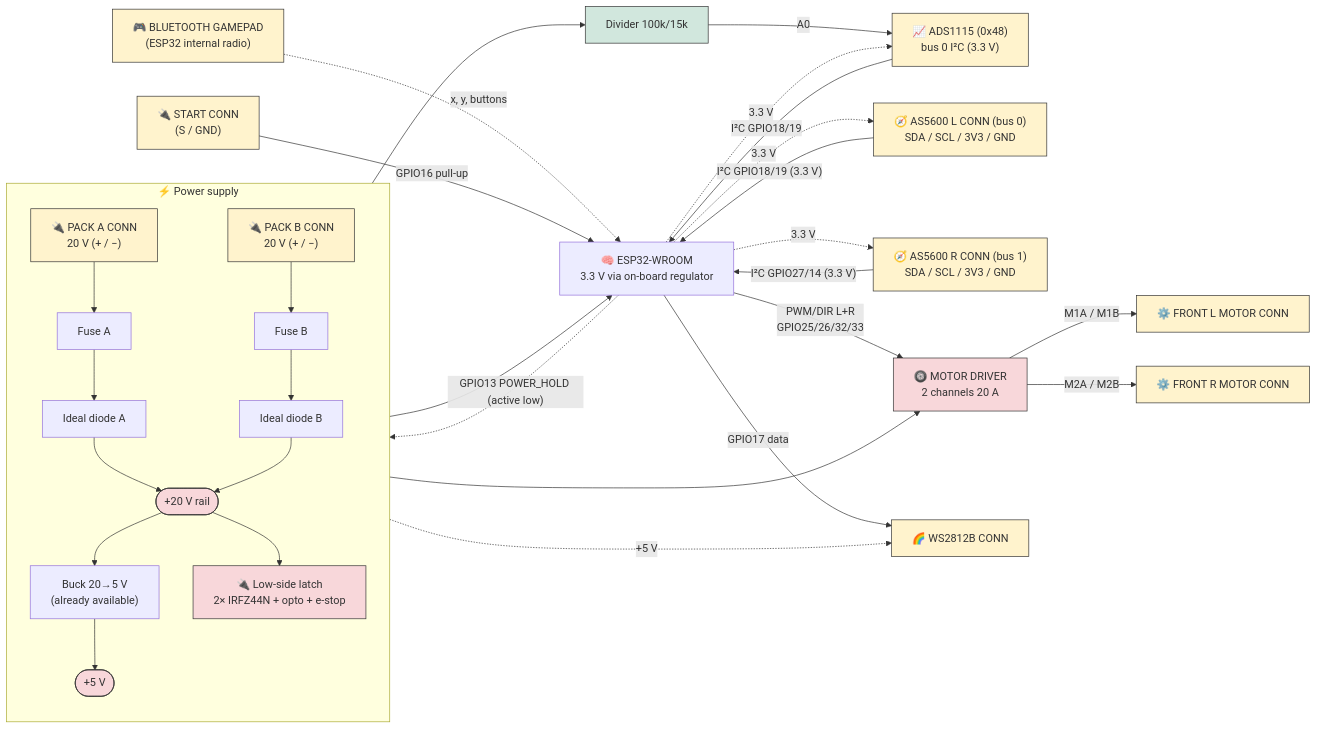
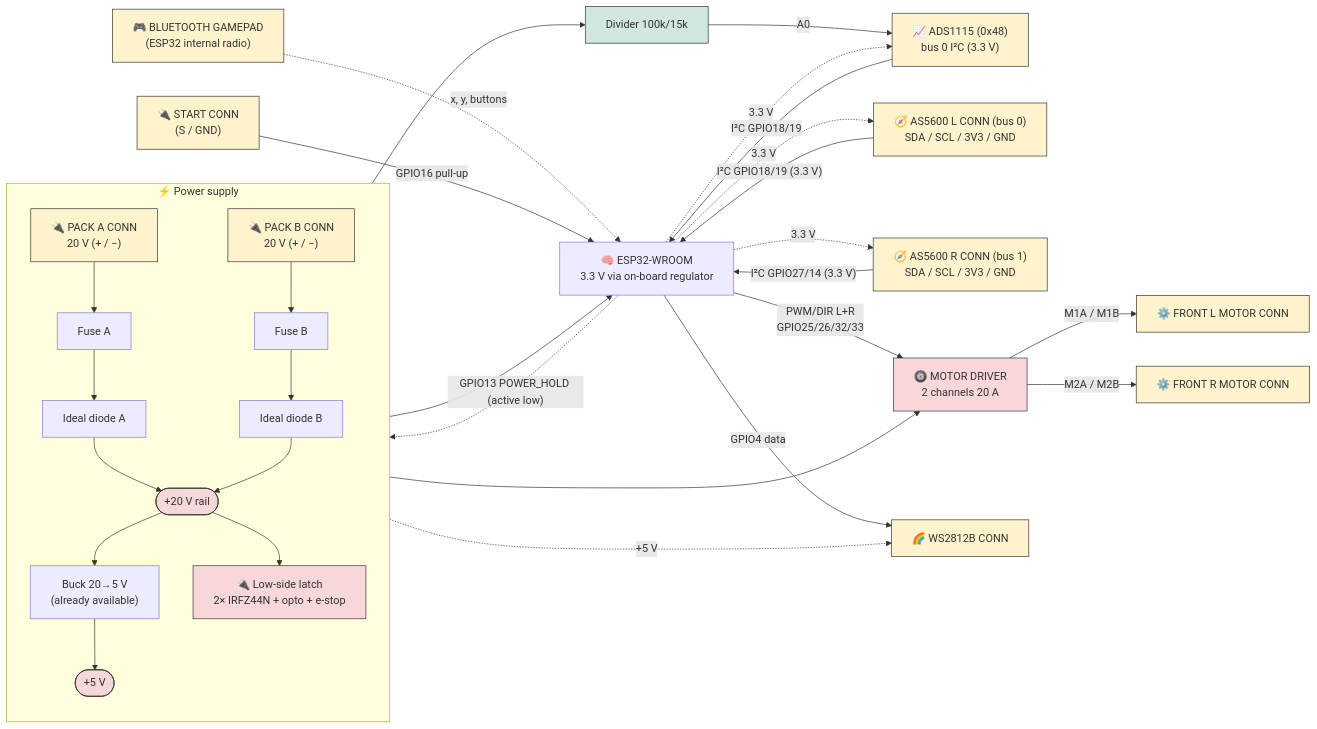
Before and after one commit to pinkymaxou/powered-soapbox-car: the seventh of 10 diagrams in README.md, drawn with Mermaid. The commit also changed other lines of this file and 7 other files, not shown here.

````diff
--- a/README.md
+++ b/README.md
@@ -495,41 +495,41 @@
 ```mermaid
 flowchart LR
     subgraph PWR["⚡ Power supply"]
         direction TB
         PA["🔌 PACK A CONN<br/>20 V (+ / −)"] --> FA["Fuse A"] --> DA["Ideal diode A"]
         PB["🔌 PACK B CONN<br/>20 V (+ / −)"] --> FB["Fuse B"] --> DB["Ideal diode B"]
         DA --> RAIL(["+20 V rail"])
         DB --> RAIL
         RAIL --> BUCK["Buck 20→5 V<br/>(already available)"] --> V5(["+5 V"])
         RAIL --> LATCH["🔌 Low-side latch<br/>2× IRFZ44N + opto + e-stop"]
     end
 
     ESP["🧠 ESP32-WROOM<br/>3.3 V via on-board regulator"]
     V5 --> ESP
     ESP -. "GPIO13 POWER_HOLD (active low)" .-> LATCH
 
     PAD["🎮 BLUETOOTH GAMEPAD<br/>(ESP32 internal radio)"] -.->|"x, y, buttons"| ESP
     RAIL --> DIVB["Divider 100k/15k"] -->|"A0"| ADS["📈 ADS1115 (0x48)<br/>bus 0 I²C (3.3 V)"]
     ADS -->|"I²C GPIO18/19"| ESP
     EG["🧭 AS5600 L CONN (bus 0)<br/>SDA / SCL / 3V3 / GND"] -->|"I²C GPIO18/19 (3.3 V)"| ESP
     ED["🧭 AS5600 R CONN (bus 1)<br/>SDA / SCL / 3V3 / GND"] -->|"I²C GPIO27/14 (3.3 V)"| ESP
     BST["🔌 START CONN<br/>(S / GND)"] -->|"GPIO16 pull-up"| ESP
 
     ESP -->|"PWM/DIR L+R<br/>GPIO25/26/32/33"| DRV["🛞 MOTOR DRIVER<br/>2 channels 20 A"]
     RAIL --> DRV
     DRV -->|"M1A / M1B"| MG["⚙️ FRONT L MOTOR CONN"]
     DRV -->|"M2A / M2B"| MD["⚙️ FRONT R MOTOR CONN"]
-    ESP -->|"GPIO17 data"| WS["🌈 WS2812B CONN"]
+    ESP -->|"GPIO4 data"| WS["🌈 WS2812B CONN"]
 
     V5 -. "+5 V" .-> WS
     ESP -. "3.3 V" .-> EG
     ESP -. "3.3 V" .-> ED
     ESP -. "3.3 V" .-> ADS
 
     classDef pwr fill:#f8d7da,stroke:#333;
     classDef conn fill:#fff3cd,stroke:#333;
     classDef cond fill:#d1e7dd,stroke:#333;
     class RAIL,V5,LATCH,DRV pwr;
     class PA,PB,PAD,EG,ED,ADS,BST,MG,MD,WS conn;
     class DIVB cond;
 ```
````
